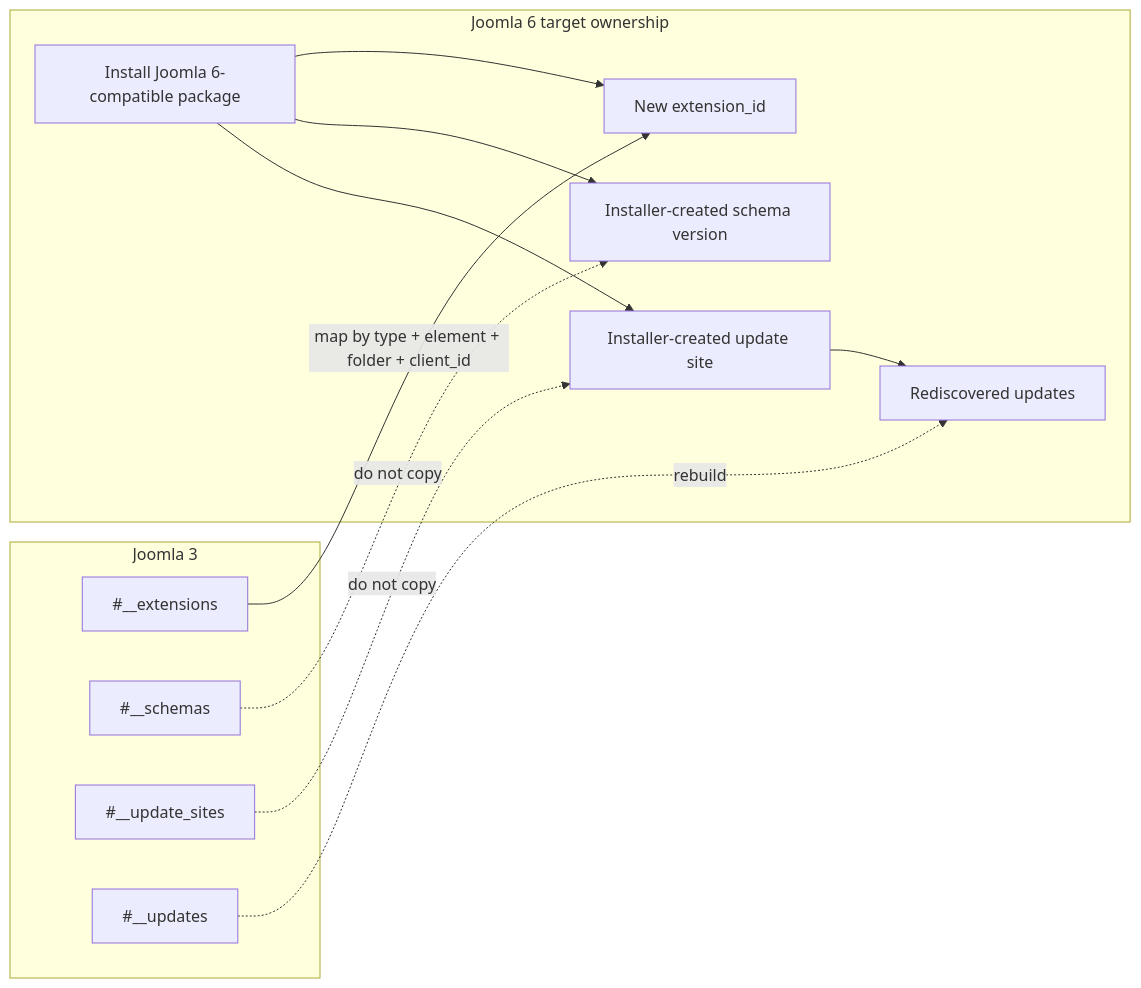
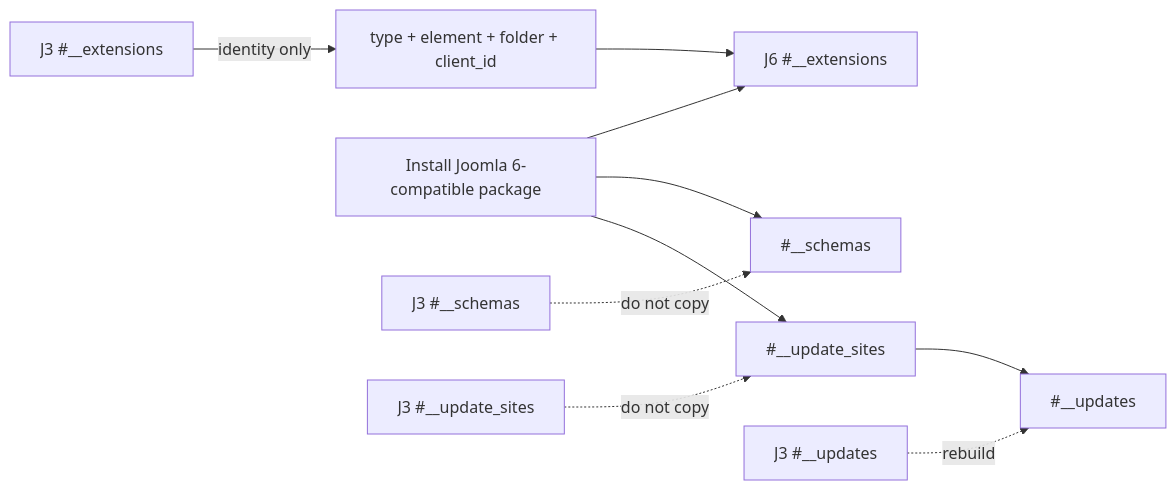
Diagram 16 of 21 in docs/joomla/learning/database/joomla3-vs-joomla6-erd-gap-diagrams.md (duyduyly/php-notebook), drawn with Mermaid before and after one commit. The commit also changed other lines of this file, not shown here.

Commit message:
docs: improve Joomla 3 vs Joomla 6 ERD gap diagrams

````diff
--- a/docs/joomla/learning/database/joomla3-vs-joomla6-erd-gap-diagrams.md
+++ b/docs/joomla/learning/database/joomla3-vs-joomla6-erd-gap-diagrams.md
@@ -463,27 +563,14 @@
 ```mermaid
 flowchart LR
-    subgraph J3["Joomla 3"]
-        J3EXT["#__extensions"]
-        J3SCHEMA["#__schemas"]
-        J3SITES["#__update_sites"]
-        J3UPDATES["#__updates"]
-    end
+    J3EXT["J3 #__extensions"] -->|identity only| MAP["type + element + folder + client_id"]
+    INSTALL["Install Joomla 6-compatible package"] --> J6EXT["J6 #__extensions"]
+    MAP --> J6EXT
 
-    subgraph TARGET["Joomla 6 target ownership"]
-        INSTALL["Install Joomla 6-compatible package"]
-        EXTID["New extension_id"]
-        SCHEMA["Installer-created schema version"]
-        SITE["Installer-created update site"]
-        DISCOVERY["Rediscovered updates"]
-    end
+    INSTALL --> SCHEMA["#__schemas"]
+    INSTALL --> SITES["#__update_sites"]
+    SITES --> DISCOVERY["#__updates"]
 
-    J3EXT -->|map by type + element + folder + client_id| EXTID
-    INSTALL --> EXTID
-    INSTALL --> SCHEMA
-    INSTALL --> SITE
-    SITE --> DISCOVERY
-
-    J3SCHEMA -. do not copy .-> SCHEMA
-    J3SITES -. do not copy .-> SITE
-    J3UPDATES -. rebuild .-> DISCOVERY
+    J3SCHEMA["J3 #__schemas"] -.->|do not copy| SCHEMA
+    J3SITES["J3 #__update_sites"] -.->|do not copy| SITES
+    J3UPDATES["J3 #__updates"] -.->|rebuild| DISCOVERY
 ```
````
